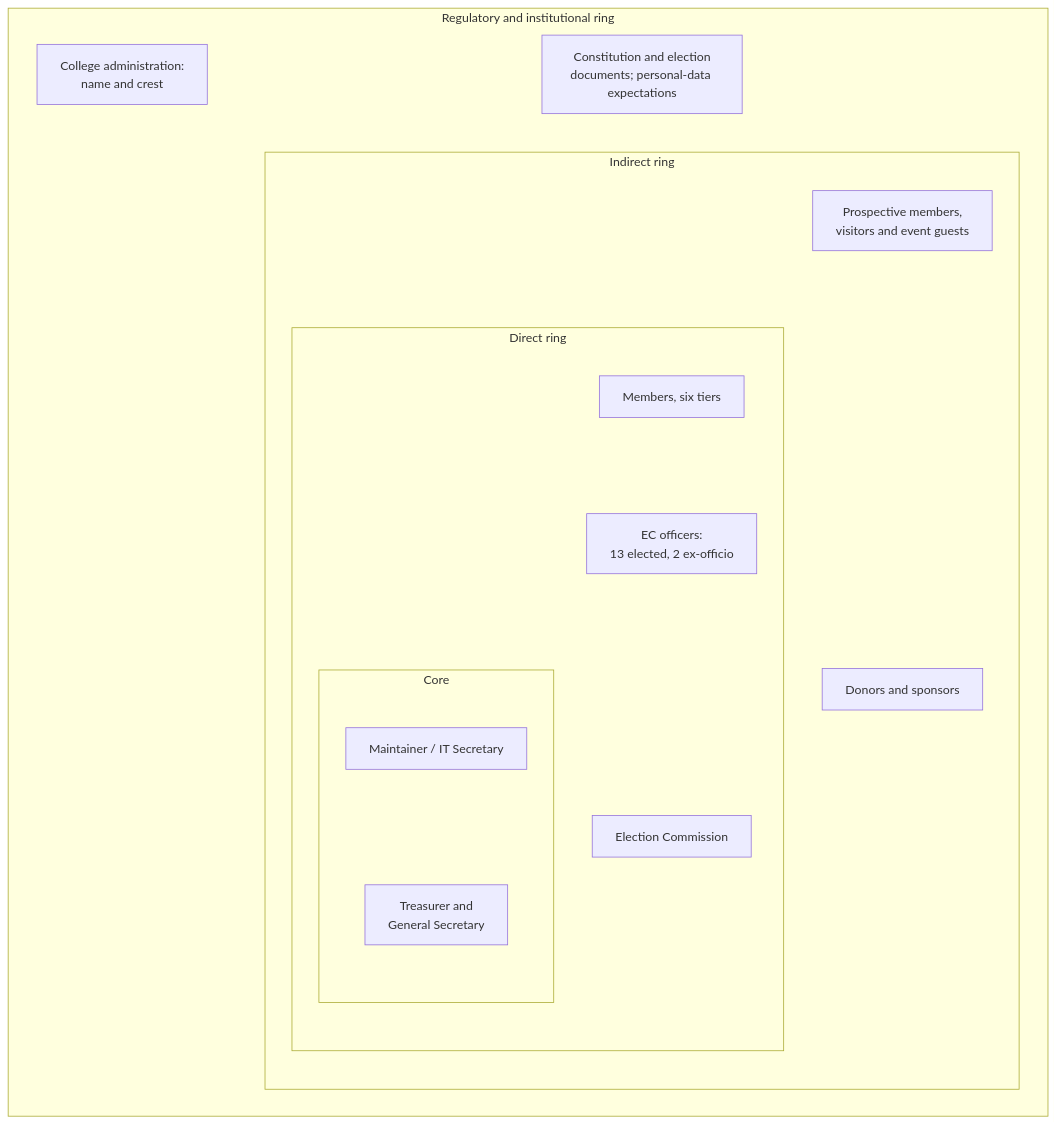
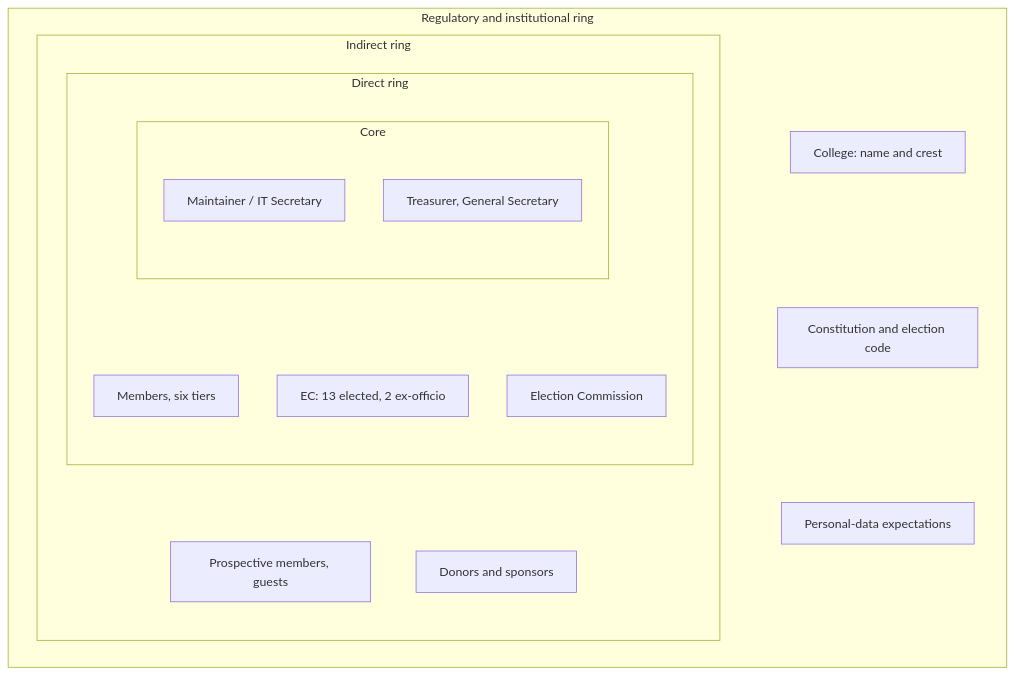
One commit to shalin-rahman/GHCAA changed the second of 4 diagrams in docs/book/01-introduction.md. Above: the diagram before and after it, drawn with Mermaid. The commit also changed other lines of this file and 42 other files, not shown here.

````diff
--- a/docs/book/01-introduction.md
+++ b/docs/book/01-introduction.md
@@ -337,24 +337,24 @@
 ```mermaid
 flowchart TB
     subgraph REG["Regulatory and institutional ring"]
       subgraph IND["Indirect ring"]
         subgraph DIR["Direct ring"]
           subgraph CORE["Core"]
             C1[Maintainer / IT Secretary]
-            C2[Treasurer and<br/>General Secretary]
-            C1 ~~~ C2
+            C2[Treasurer, General Secretary]
           end
           D1[Members, six tiers]
-          D2[EC officers:<br/>13 elected, 2 ex-officio]
+          D2[EC: 13 elected, 2 ex-officio]
           D3[Election Commission]
-          D1 ~~~ D2 ~~~ D3
+          CORE ~~~ D1 & D2 & D3
         end
-        I1[Prospective members,<br/>visitors and event guests]
+        I1[Prospective members, guests]
         I2[Donors and sponsors]
-        I1 ~~~ I2
+        DIR ~~~ I1 & I2
       end
-      R1[College administration:<br/>name and crest]
-      R2[Constitution and election<br/>documents; personal-data expectations]
-      R1 ~~~ R2
+      R1[College: name and crest]
+      R2[Constitution and election code]
+      R3[Personal-data expectations]
+      IND ~~~ R1 & R2 & R3
     end
 ```
````
